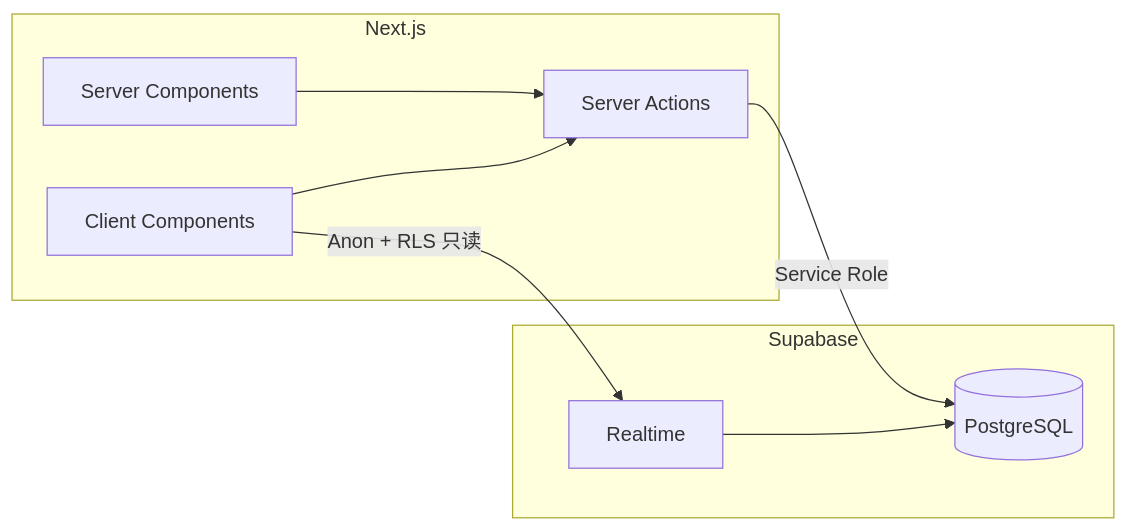
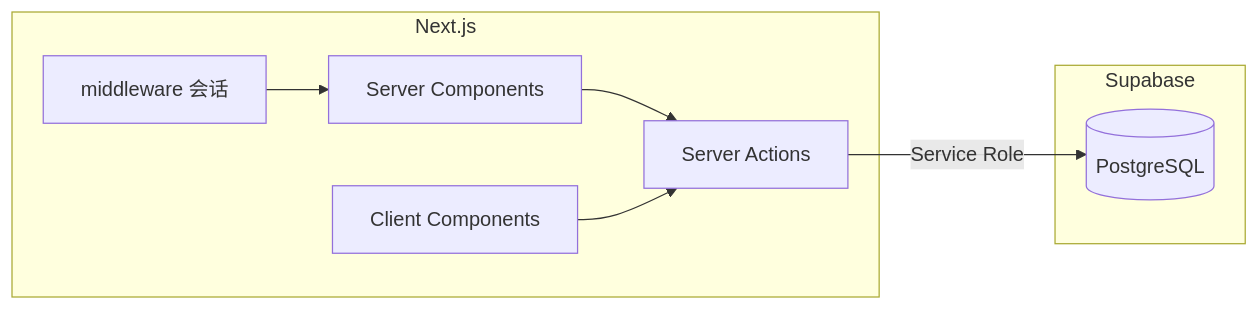
The diagram in docs/development-guide.md (xujiongx/money-record), drawn with Mermaid before and after one commit. The commit also changed other lines of this file and 9 other files, not shown here.

````diff
--- a/docs/development-guide.md
+++ b/docs/development-guide.md
@@ -15,17 +15,16 @@
 ```mermaid
 flowchart LR
   subgraph next [Next.js]
+    MW[middleware 会话]
     RSC[Server Components]
     SA[Server Actions]
     CC[Client Components]
   end
   subgraph supa [Supabase]
     PG[(PostgreSQL)]
-    RT[Realtime]
   end
+  MW --> RSC
   RSC --> SA
   CC --> SA
   SA -->|Service Role| PG
-  CC -->|Anon + RLS 只读| RT
-  RT --> PG
 ```
````
